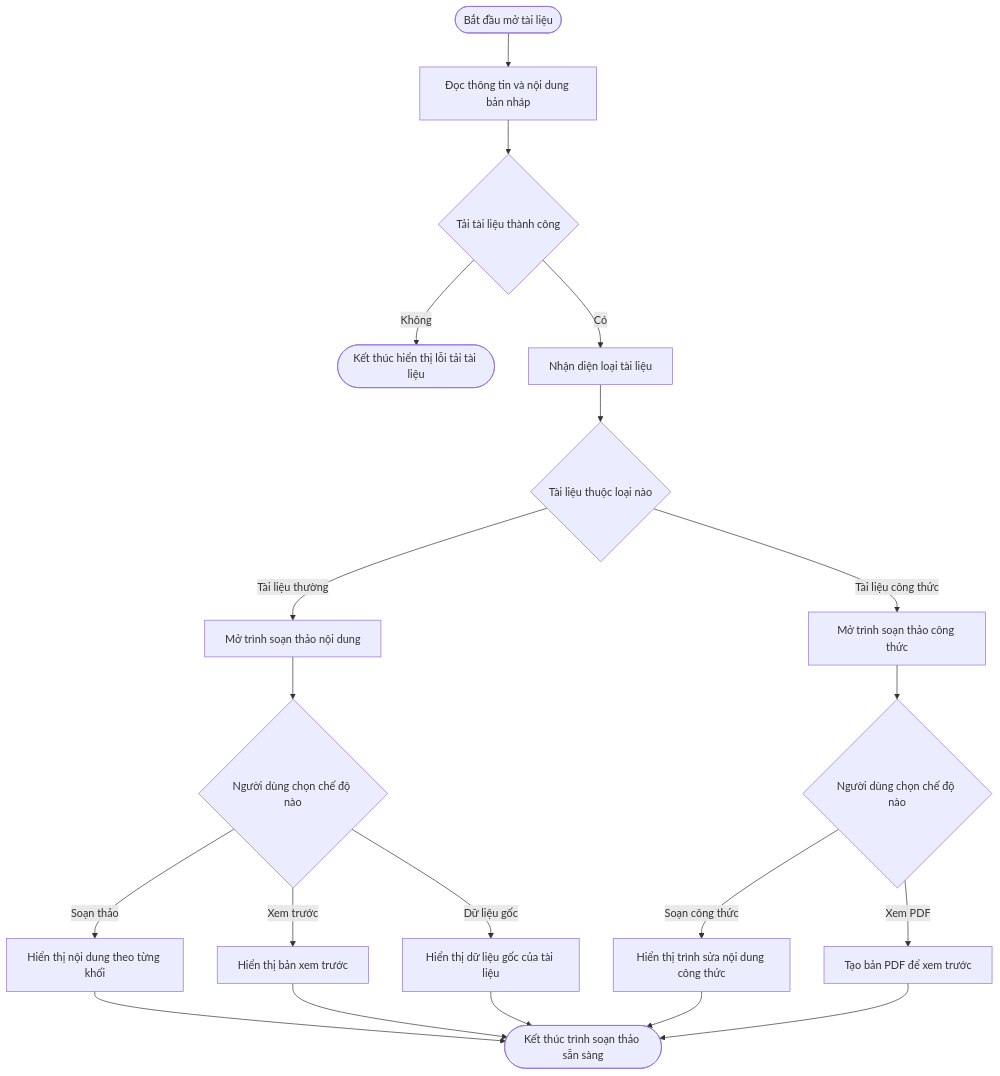
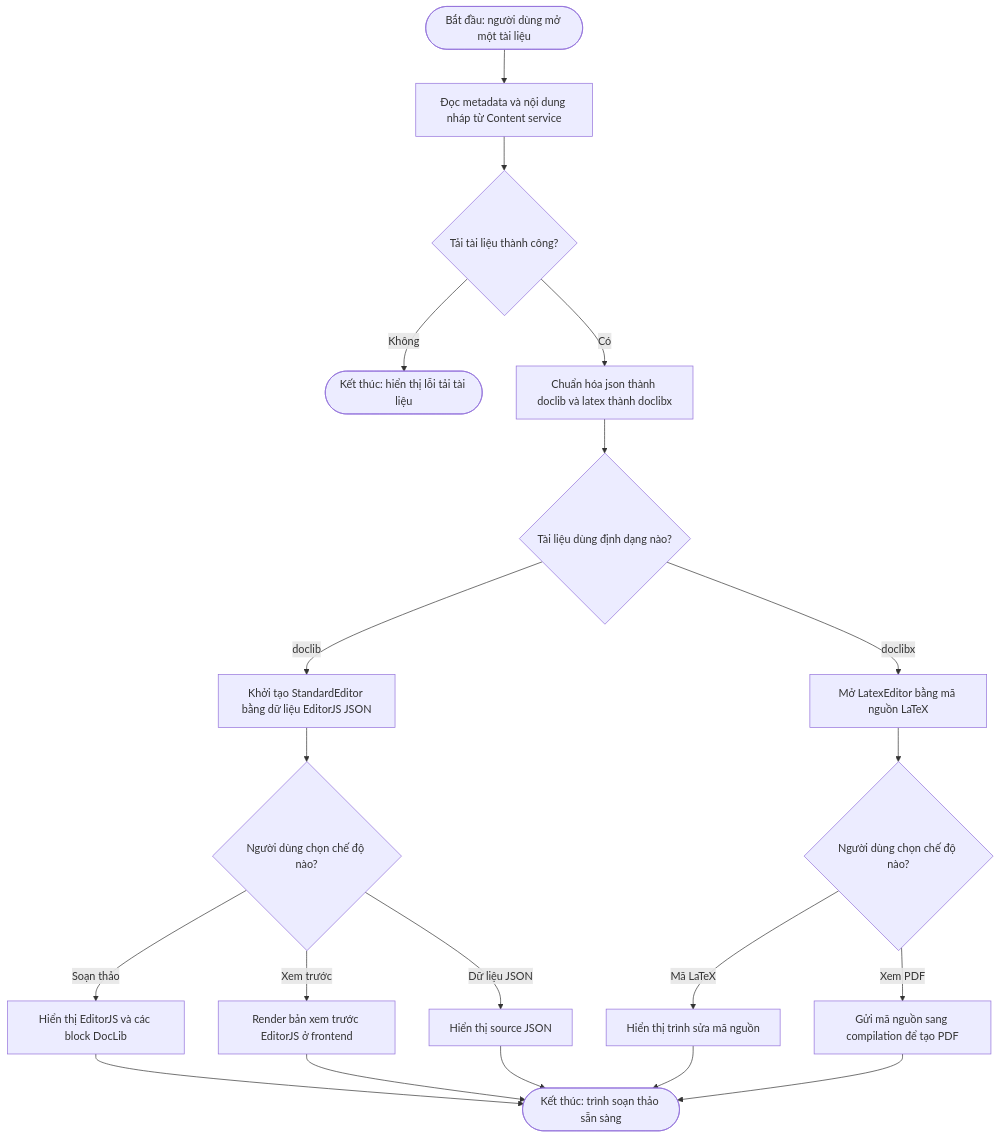
The second of 10 diagrams in compilation_workflow_and_architecture_guide.md (MinTruqday/dl), drawn with Mermaid before and after one commit. The commit also changed other lines of this file and 78 other files, not shown here.

````diff
--- a/compilation_workflow_and_architecture_guide.md
+++ b/compilation_workflow_and_architecture_guide.md
@@ -60,22 +47,22 @@
 ```mermaid
 flowchart TD
-    Start([Bắt đầu mở tài liệu]) --> LoadDocument[Đọc thông tin và nội dung bản nháp]
-    LoadDocument --> Loaded{Tải tài liệu thành công}
-    Loaded -->|Không| LoadError([Kết thúc hiển thị lỗi tải tài liệu])
-    Loaded -->|Có| NormalizeFormat[Nhận diện loại tài liệu]
-    NormalizeFormat --> WhichFormat{Tài liệu thuộc loại nào}
-    WhichFormat -->|Tài liệu thường| OpenEditorJS[Mở trình soạn thảo nội dung]
-    WhichFormat -->|Tài liệu công thức| OpenLatex[Mở trình soạn thảo công thức]
-    OpenEditorJS --> EditorMode{Người dùng chọn chế độ nào}
-    EditorMode -->|Soạn thảo| EditBlocks[Hiển thị nội dung theo từng khối]
-    EditorMode -->|Xem trước| RenderClient[Hiển thị bản xem trước]
-    EditorMode -->|Dữ liệu gốc| ShowJSON[Hiển thị dữ liệu gốc của tài liệu]
-    OpenLatex --> LatexMode{Người dùng chọn chế độ nào}
-    LatexMode -->|Soạn công thức| EditLatex[Hiển thị trình sửa nội dung công thức]
-    LatexMode -->|Xem PDF| CompilePreview[Tạo bản PDF để xem trước]
-    EditBlocks --> End([Kết thúc trình soạn thảo sẵn sàng])
+    Start([Bắt đầu: người dùng mở một tài liệu]) --> LoadDocument[Đọc metadata và nội dung nháp từ Content service]
+    LoadDocument --> Loaded{Tải tài liệu thành công?}
+    Loaded -->|Không| LoadError([Kết thúc: hiển thị lỗi tải tài liệu])
+    Loaded -->|Có| NormalizeFormat[Chuẩn hóa json thành doclib và latex thành doclibx]
+    NormalizeFormat --> WhichFormat{Tài liệu dùng định dạng nào?}
+    WhichFormat -->|doclib| OpenEditorJS[Khởi tạo StandardEditor bằng dữ liệu EditorJS JSON]
+    WhichFormat -->|doclibx| OpenLatex[Mở LatexEditor bằng mã nguồn LaTeX]
+    OpenEditorJS --> EditorMode{Người dùng chọn chế độ nào?}
+    EditorMode -->|Soạn thảo| EditBlocks[Hiển thị EditorJS và các block DocLib]
+    EditorMode -->|Xem trước| RenderClient[Render bản xem trước EditorJS ở frontend]
+    EditorMode -->|Dữ liệu JSON| ShowJSON[Hiển thị source JSON]
+    OpenLatex --> LatexMode{Người dùng chọn chế độ nào?}
+    LatexMode -->|Mã LaTeX| EditLatex[Hiển thị trình sửa mã nguồn]
+    LatexMode -->|Xem PDF| CompilePreview[Gửi mã nguồn sang compilation để tạo PDF]
+    EditBlocks --> End([Kết thúc: trình soạn thảo sẵn sàng])
     RenderClient --> End
     ShowJSON --> End
     EditLatex --> End
     CompilePreview --> End
 ```
````
